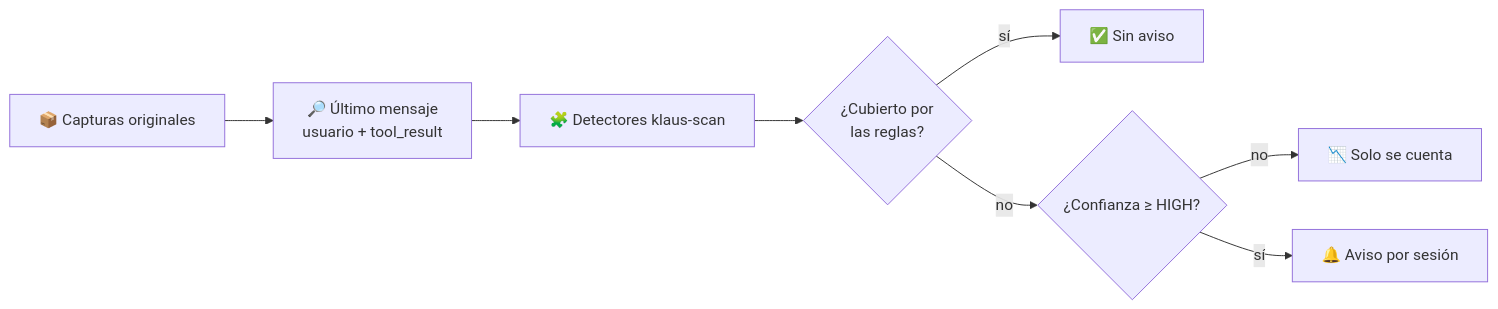
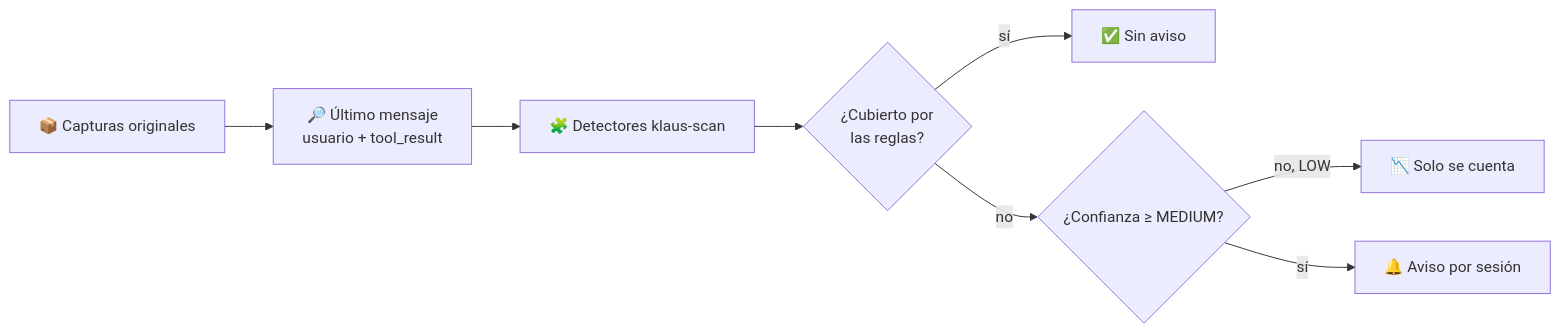
One commit to Ka0s-Klaus/klaus-proxy-local changed the diagram in docs/reports/spike-centinela.md. Above: the diagram before and after it, drawn with Mermaid. The commit also changed other lines of this file and 2 other files, not shown here.

First line of the commit message:
docs: spike #185 con umbral MEDIUM y revisión de los avisos HIGH

````diff
--- a/docs/reports/spike-centinela.md
+++ b/docs/reports/spike-centinela.md
@@ -24,10 +24,10 @@
 ```mermaid
 flowchart LR
     A[📦 Capturas originales] --> B[🔎 Último mensaje<br/>usuario + tool_result]
     B --> C[🧩 Detectores klaus-scan]
     C --> D{¿Cubierto por<br/>las reglas?}
     D -->|sí| E[✅ Sin aviso]
-    D -->|no| F{¿Confianza ≥ HIGH?}
-    F -->|no| G[📉 Solo se cuenta]
+    D -->|no| F{¿Confianza ≥ MEDIUM?}
+    F -->|no, LOW| G[📉 Solo se cuenta]
     F -->|sí| H[🔔 Aviso por sesión]
 ```
````
